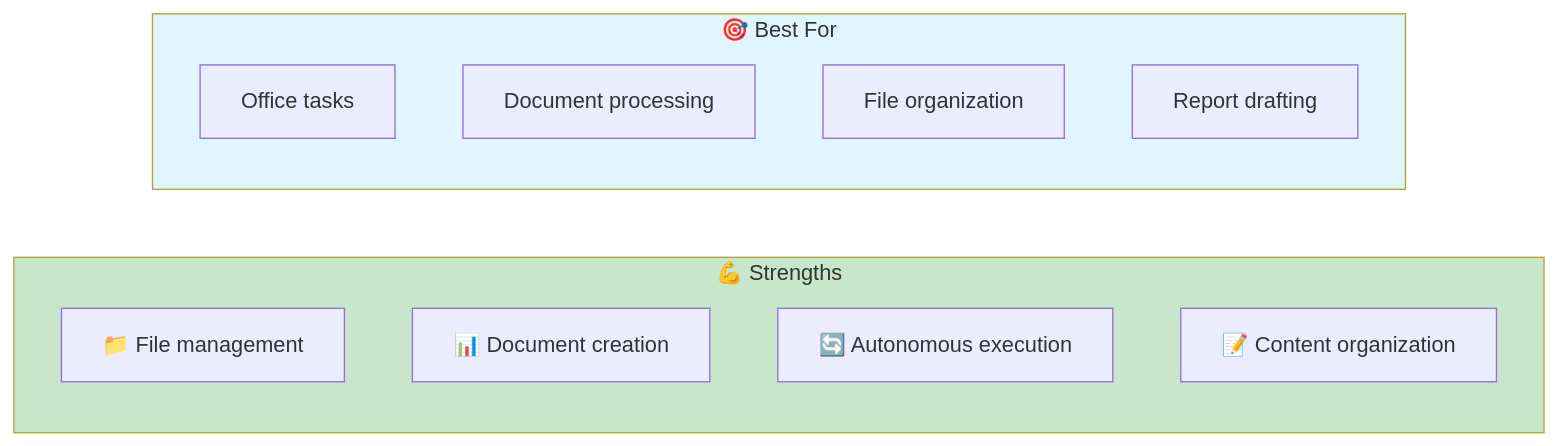
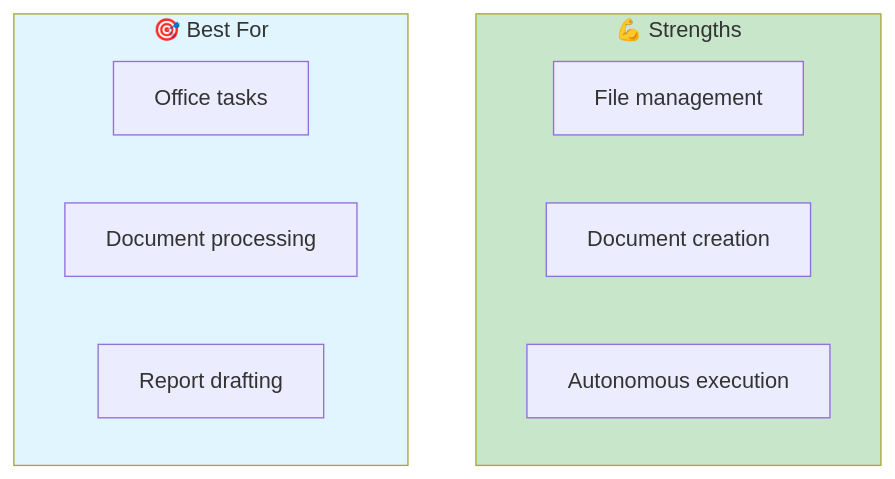
One commit to TheBushidoCollective/han changed the first of 10 diagrams in website/content/papers/ai-dlc-2026/runbooks/tooling/claude-cowork.md. Above: the diagram before and after it, drawn with Mermaid. The commit also changed other lines of this file and 21 other files, not shown here.

First line of the commit message:
fix(website): convert all AI-DLC runbook Mermaid diagrams to TB layout

````diff
--- a/website/content/papers/ai-dlc-2026/runbooks/tooling/claude-cowork.md
+++ b/website/content/papers/ai-dlc-2026/runbooks/tooling/claude-cowork.md
@@ -9,21 +9,17 @@
 ```mermaid
-flowchart LR
+flowchart TB
     subgraph Strengths["💪 Strengths"]
-        direction TB
-        S1[📁 File management]
-        S2[📊 Document creation]
-        S3[🔄 Autonomous execution]
-        S4[📝 Content organization]
+        S1[File management]
+        S2[Document creation]
+        S3[Autonomous execution]
     end
 
     subgraph BestFor["🎯 Best For"]
-        direction TB
         B1[Office tasks]
         B2[Document processing]
-        B3[File organization]
-        B4[Report drafting]
+        B3[Report drafting]
     end
 
     style Strengths fill:#c8e6c9
     style BestFor fill:#e1f5fe
 ```
````
